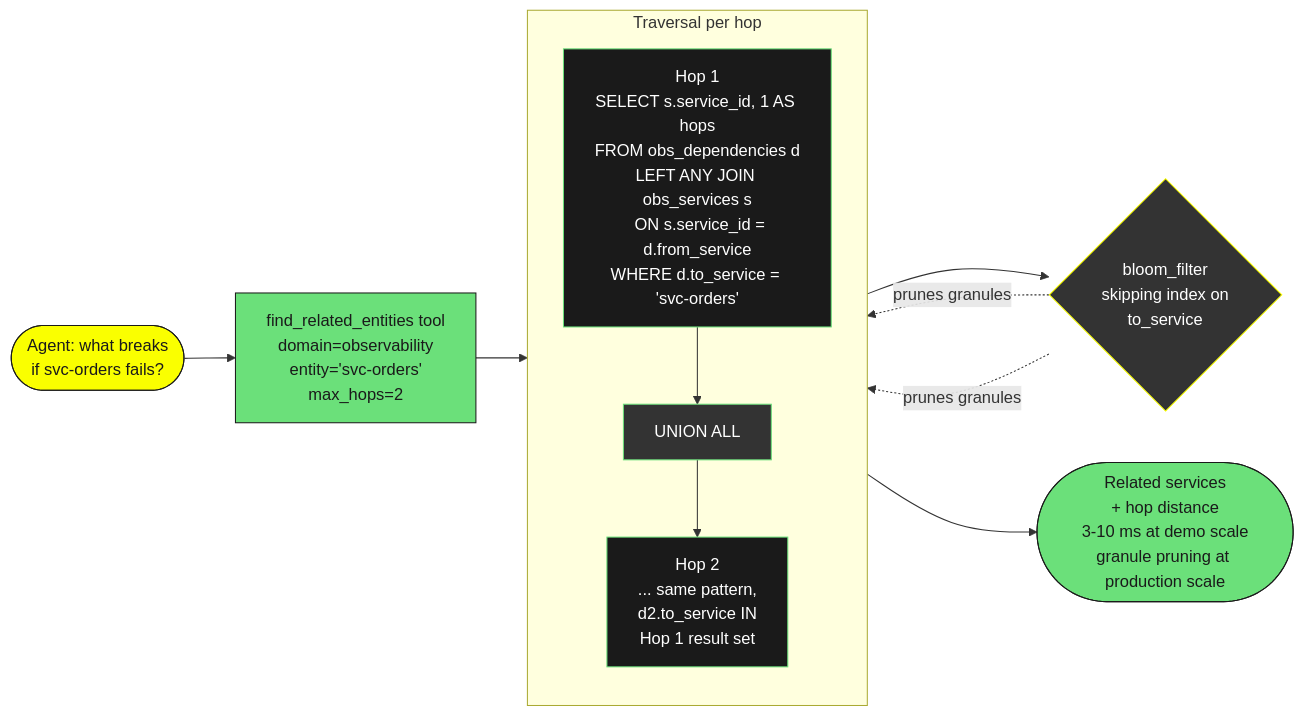
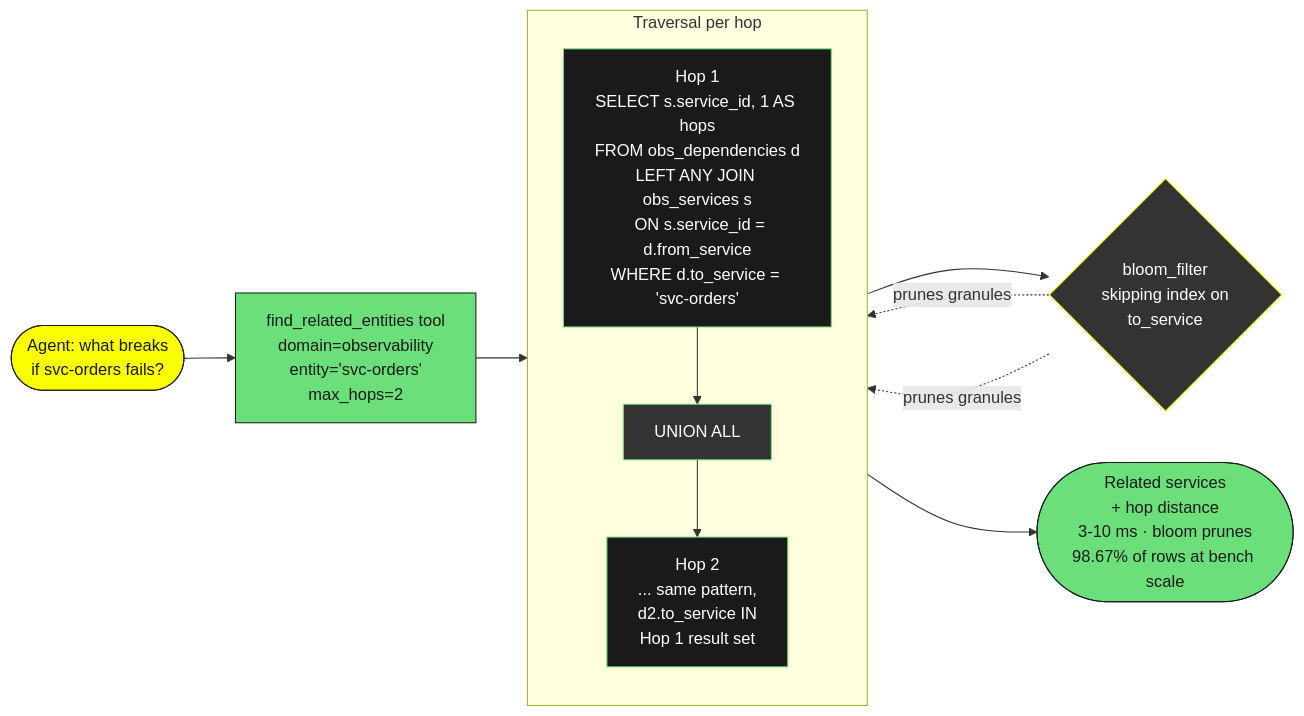
One commit to ClickHouse/clickhouse-agent-memory changed the fifth of 8 diagrams in README.md. Above: the diagram before and after it, drawn with Mermaid. The commit also changed 10 other files, not shown here.

First line of the commit message:
bench: ship bench-scale isolated stack; replace est. percentages with measurements

````diff
--- a/README.md
+++ b/README.md
@@ -234,29 +234,29 @@
 ```mermaid
 flowchart LR
     START([Agent: what breaks<br/>if svc-orders fails?])
 
     START --> TOOL[find_related_entities tool<br/>domain=observability<br/>entity='svc-orders'<br/>max_hops=2]
 
     TOOL --> H1
 
     subgraph HOPS["Traversal per hop"]
         direction TB
         H1[Hop 1<br/>SELECT s.service_id, 1 AS hops<br/>FROM obs_dependencies d<br/>LEFT ANY JOIN obs_services s<br/>  ON s.service_id = d.from_service<br/>WHERE d.to_service = 'svc-orders']
         H1 --> UNION[UNION ALL]
         UNION --> H2[Hop 2<br/>... same pattern,<br/>d2.to_service IN<br/>  Hop 1 result set]
     end
 
     H2 --> SKIP{bloom_filter<br/>skipping index on<br/>to_service}
     SKIP -.prunes granules.-> H1
     SKIP -.prunes granules.-> H2
 
-    H2 --> RESULT([Related services<br/>+ hop distance<br/>3-10 ms at demo scale<br/>granule pruning at production scale])
+    H2 --> RESULT([Related services<br/>+ hop distance<br/>3-10 ms · bloom prunes<br/>98.67% of rows at bench scale])
 
     style START fill:#faff00,stroke:#1a1a1a,color:#1a1a1a
     style TOOL fill:#6be07a,stroke:#1a1a1a,color:#1a1a1a
     style H1 fill:#1a1a1a,stroke:#6be07a,color:#fff
     style H2 fill:#1a1a1a,stroke:#6be07a,color:#fff
     style UNION fill:#333,stroke:#6be07a,color:#fff
     style SKIP fill:#333,stroke:#faff00,color:#fff
     style RESULT fill:#6be07a,stroke:#1a1a1a,color:#1a1a1a
 ```
````
